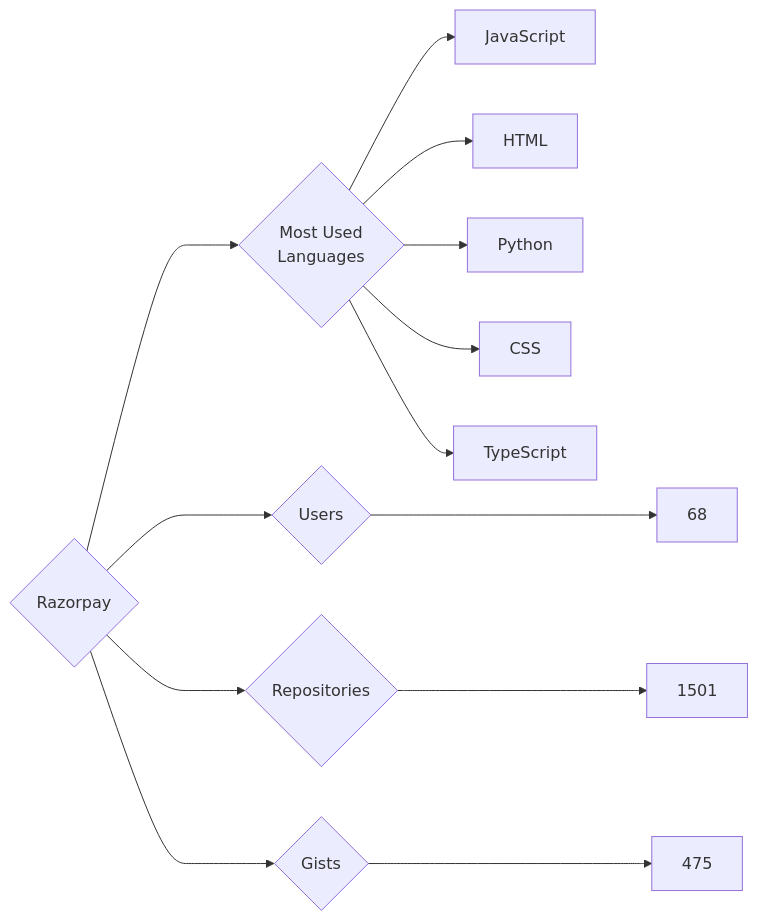
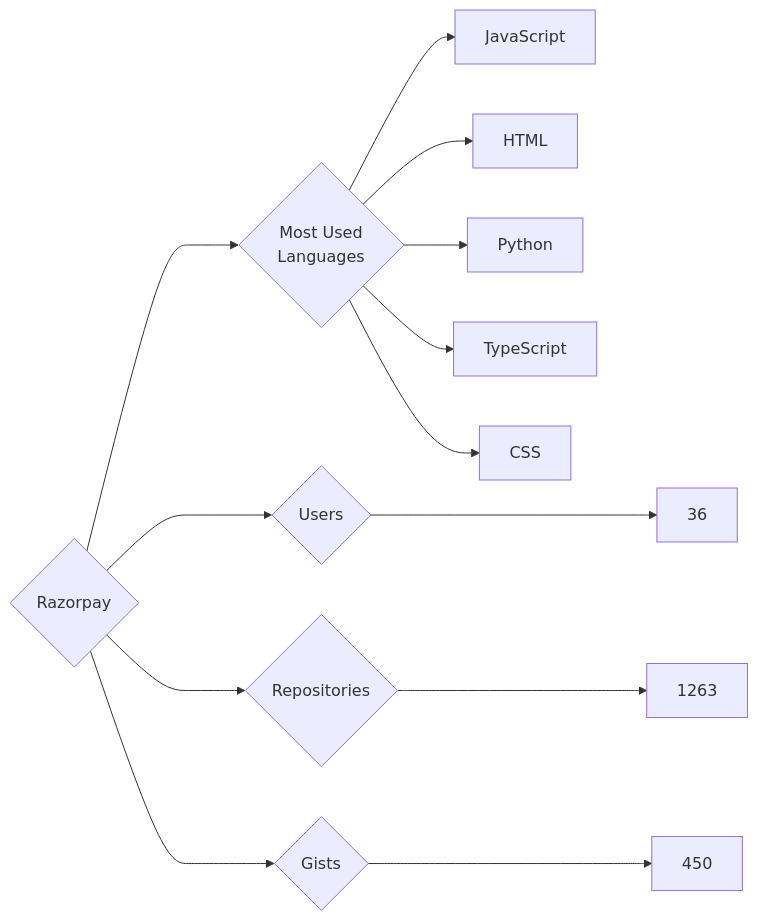
The diagram in targets/Razorpay/README.md (trickest/insiders), drawn with Mermaid before and after one commit. The commit also changed 886 other files, not shown here.

````diff
--- a/targets/Razorpay/README.md
+++ b/targets/Razorpay/README.md
@@ -3,13 +3,13 @@
 ```mermaid
 graph LR
 COMPANY_NAME{Razorpay}
-COMPANY_NAME ---> U{Users} ---> UN[68]
-COMPANY_NAME ---> R{Repositories} ---> RN[1501]
-COMPANY_NAME ---> G{Gists} ---> GN[475]
+COMPANY_NAME ---> U{Users} ---> UN[36]
+COMPANY_NAME ---> R{Repositories} ---> RN[1263]
+COMPANY_NAME ---> G{Gists} ---> GN[450]
 COMPANY_NAME ---> ML{Most Used<br>Languages}
 ML --> JavaScript[JavaScript]
 ML --> HTML[HTML]
 ML --> Python[Python]
+ML --> TypeScript[TypeScript]
 ML --> CSS[CSS]
-ML --> TypeScript[TypeScript]
 ```
````
